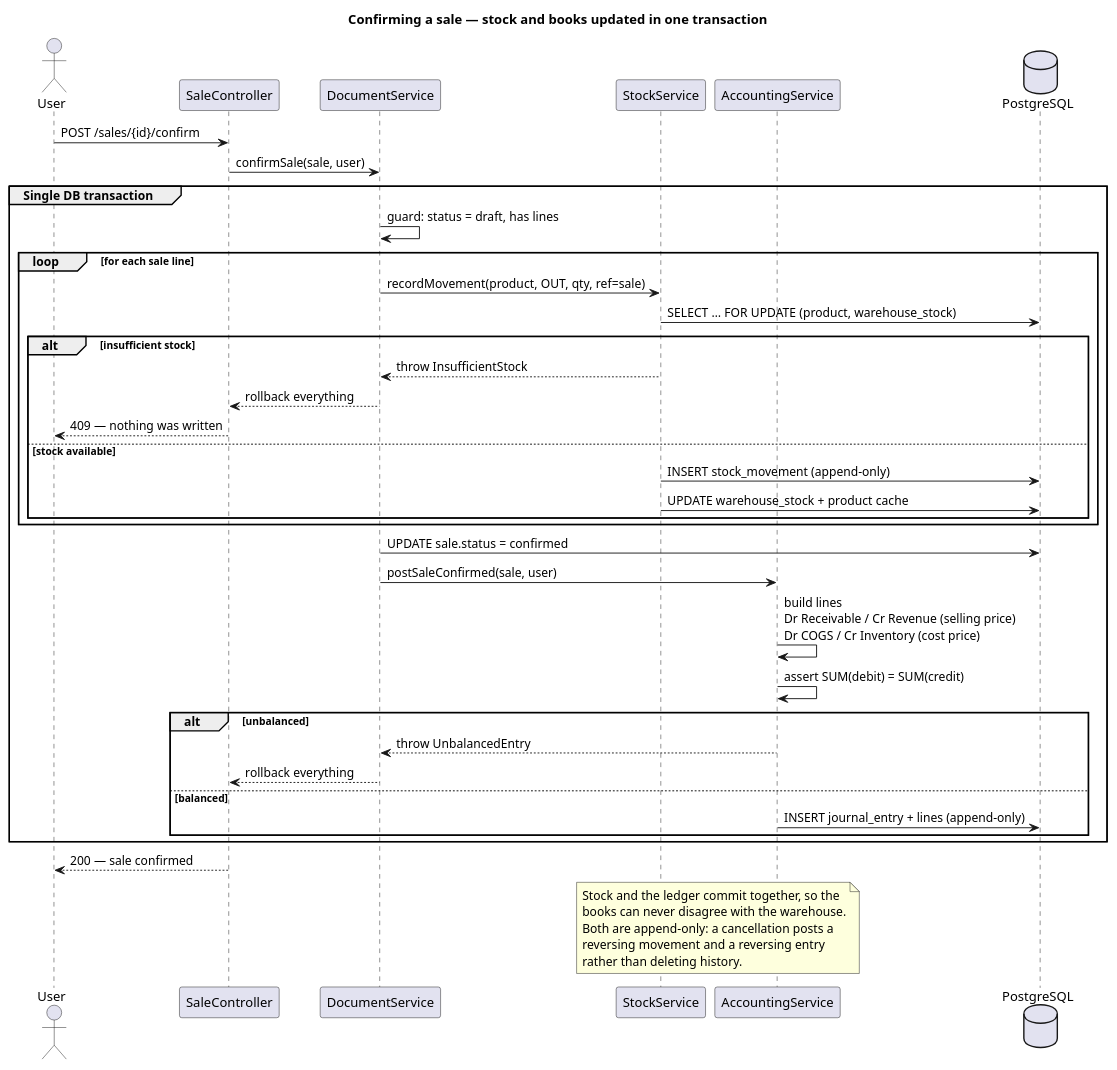
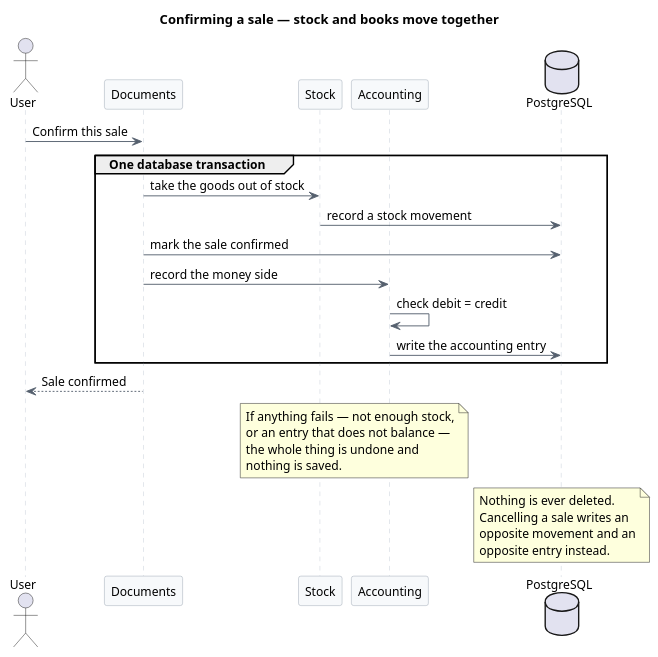
Before and after one commit to mariemtnb/ERP-AI-odoo-like: the diagram in diagrams/sequence-sale-posting.puml, drawn with PlantUML. The commit also changed 12 other files, not shown here.

First line of the commit message:
Simplify the diagrams and bring them up to date

```diff
--- a/diagrams/sequence-sale-posting.puml
+++ b/diagrams/sequence-sale-posting.puml
@@ -1,53 +1,51 @@
 @startuml sequence-sale-posting
-title Confirming a sale — stock and books updated in one transaction
+' What happens when a sale is confirmed.
+title Confirming a sale — stock and books move together
+
+skinparam backgroundColor white
+skinparam shadowing false
+skinparam defaultFontName Helvetica
+skinparam defaultFontSize 13
+skinparam ArrowColor #55606E
+skinparam sequence {
+  ParticipantBorderColor #9AA5B1
+  ParticipantBackgroundColor #F7F9FB
+  LifeLineBorderColor #C3CCD6
+}
 
 actor User
-participant "SaleController" as C
-participant "DocumentService" as DS
-participant "StockService" as SS
-participant "AccountingService" as AS
+participant "Documents" as DS
+participant "Stock" as SS
+participant "Accounting" as AS
 database PostgreSQL as DB
 
-User -> C : POST /sales/{id}/confirm
-C -> DS : confirmSale(sale, user)
+User -> DS : Confirm this sale
 
-group Single DB transaction
-  DS -> DS : guard: status = draft, has lines
+group One database transaction
+  DS -> SS : take the goods out of stock
+  SS -> DB : record a stock movement
 
-  loop for each sale line
-    DS -> SS : recordMovement(product, OUT, qty, ref=sale)
-    SS -> DB : SELECT … FOR UPDATE (product, warehouse_stock)
-    alt insufficient stock
-      SS --> DS : throw InsufficientStock
-      DS --> C : rollback everything
-      C --> User : 409 — nothing was written
-    else stock available
-      SS -> DB : INSERT stock_movement (append-only)
-      SS -> DB : UPDATE warehouse_stock + product cache
-    end
-  end
+  DS -> DB : mark the sale confirmed
 
-  DS -> DB : UPDATE sale.status = confirmed
-
-  DS -> AS : postSaleConfirmed(sale, user)
-  AS -> AS : build lines\nDr Receivable / Cr Revenue (selling price)\nDr COGS / Cr Inventory (cost price)
-  AS -> AS : assert SUM(debit) = SUM(credit)
-  alt unbalanced
-    AS --> DS : throw UnbalancedEntry
-    DS --> C : rollback everything
-  else balanced
-    AS -> DB : INSERT journal_entry + lines (append-only)
-  end
+  DS -> AS : record the money side
+  AS -> AS : check debit = credit
+  AS -> DB : write the accounting entry
 end
 
-C --> User : 200 — sale confirmed
+DS --> User : Sale confirmed
 
 note over SS, AS
-  Stock and the ledger commit together, so the
-  books can never disagree with the warehouse.
-  Both are append-only: a cancellation posts a
-  reversing movement and a reversing entry
-  rather than deleting history.
+  If anything fails — not enough stock,
+  or an entry that does not balance —
+  the whole thing is undone and
+  nothing is saved.
+end note
+
+note over DB
+  Nothing is ever deleted.
+  Cancelling a sale writes an
+  opposite movement and an
+  opposite entry instead.
 end note
 
 @enduml
```
